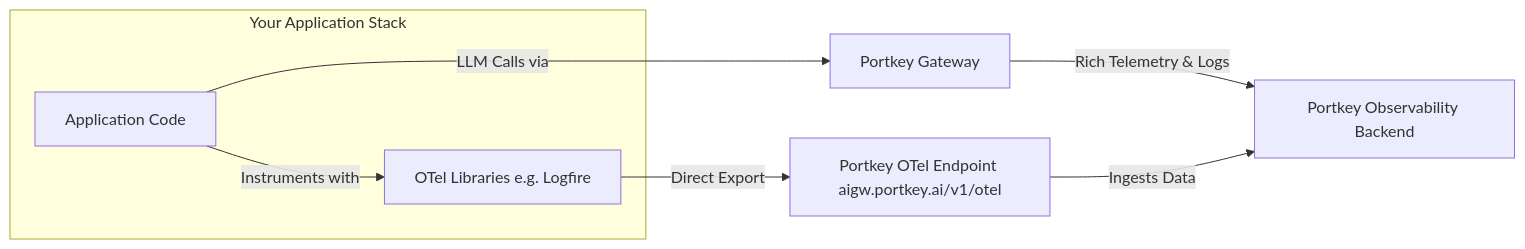
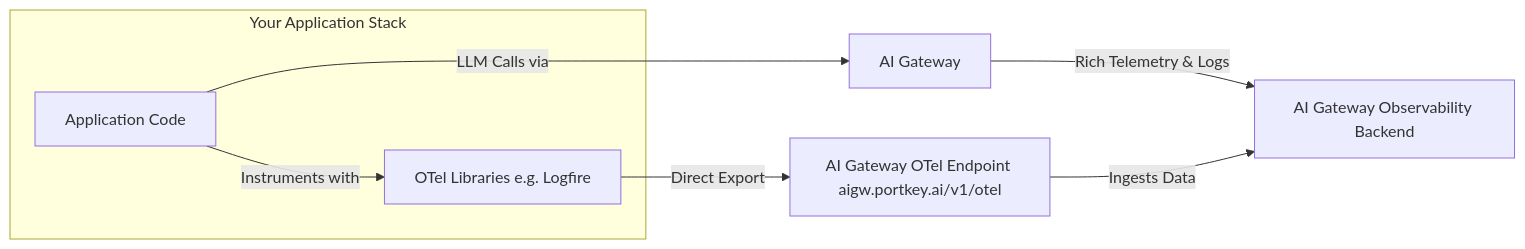
Before and after one commit to Portkey-AI/docs-core: the diagram in aigw/product/observability/opentelemetry.mdx, drawn with Mermaid. The commit also changed other lines of this file and 174 other files, not shown here.

`````diff
--- a/aigw/product/observability/opentelemetry.mdx
+++ b/aigw/product/observability/opentelemetry.mdx
@@ -24,17 +24,17 @@
 ```mermaid
 graph LR
     subgraph Your Application Stack
         A[Application Code]
         LIB[OTel Libraries e.g. Logfire]
         A -- Instruments with --> LIB
     end
 
-    PG[Portkey Gateway]
-    PK_OTEL[Portkey OTel Endpoint aigw.portkey.ai/v1/otel]
-    PK_OBS[Portkey Observability Backend]
+    PG[AI Gateway]
+    PK_OTEL[AI Gateway OTel Endpoint aigw.portkey.ai/v1/otel]
+    PK_OBS[AI Gateway Observability Backend]
 
     LIB -- Direct Export --> PK_OTEL
     A -- LLM Calls via --> PG
     PG -- Rich Telemetry & Logs --> PK_OBS
     PK_OTEL -- Ingests Data --> PK_OBS
 ````
`````
